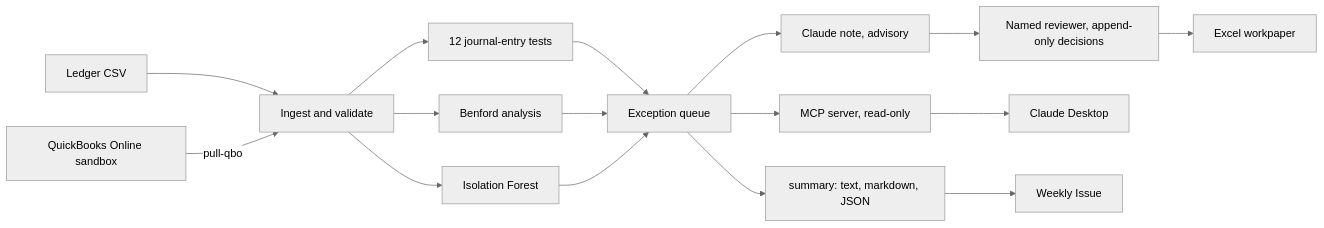
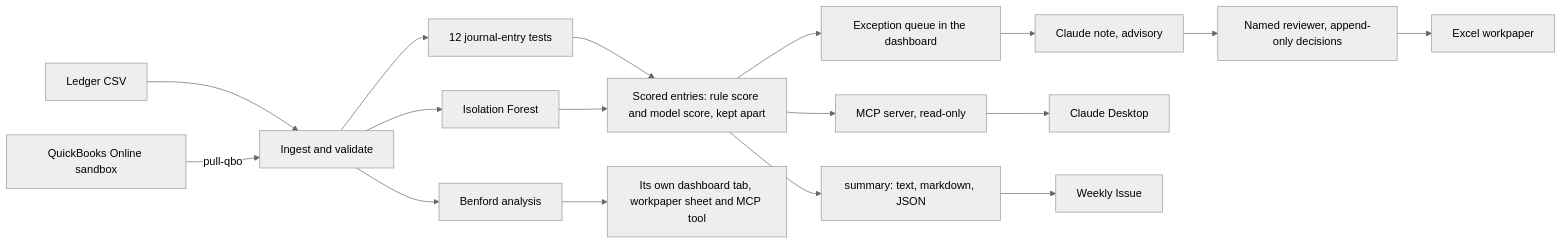
The diagram in README.md (JasonIIVI/Rio-Ledger-Lens), drawn with Mermaid (neutral theme) before and after one commit. The commit also changed other lines of this file and 6 other files, not shown here.

````diff
--- a/README.md
+++ b/README.md
@@ -33,18 +33,19 @@
 ```mermaid
 flowchart LR
     csv[Ledger CSV] --> ingest[Ingest and validate]
     qbo[QuickBooks Online sandbox] -->|pull-qbo| ingest
     ingest --> jets[12 journal-entry tests]
+    ingest --> forest[Isolation Forest]
     ingest --> benford[Benford analysis]
-    ingest --> forest[Isolation Forest]
-    jets --> queue[Exception queue]
-    benford --> queue
-    forest --> queue
+    jets --> scored[Scored entries: rule score and model score, kept apart]
+    forest --> scored
+    scored --> queue[Exception queue in the dashboard]
     queue --> note[Claude note, advisory]
     note --> reviewer[Named reviewer, append-only decisions]
     reviewer --> workpaper[Excel workpaper]
-    queue --> mcp[MCP server, read-only]
+    scored --> mcp[MCP server, read-only]
     mcp --> desktop[Claude Desktop]
-    queue --> summary[summary: text, markdown, JSON]
+    scored --> summary[summary: text, markdown, JSON]
     summary --> issue[Weekly Issue]
+    benford --> beside[Its own dashboard tab, workpaper sheet and MCP tool]
 ```
````
